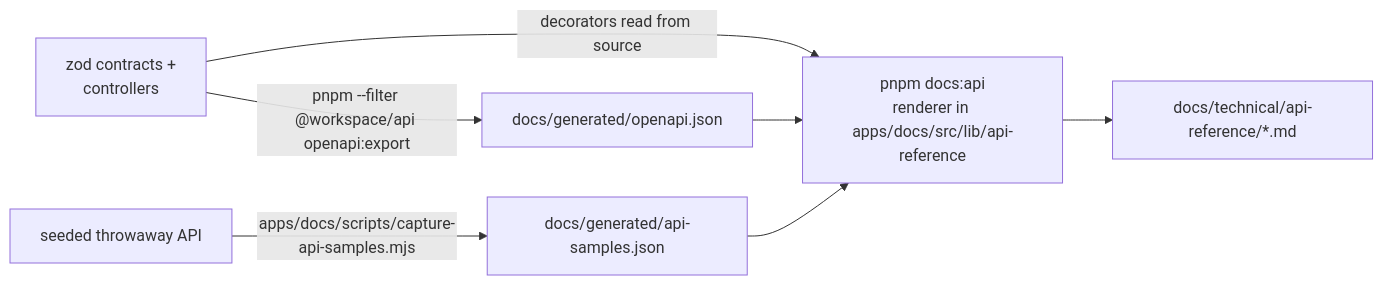
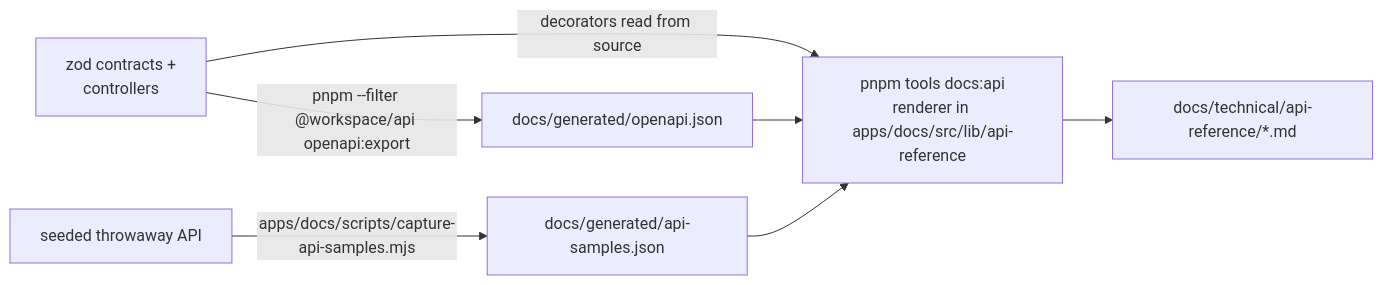
Before and after one commit to patelzz007/nestjs-nextjs-turborepo-starter-kit: the diagram in docs/technical/api/README.md, drawn with Mermaid. The commit also changed other lines of this file and 685 other files, not shown here.

````diff
--- a/docs/technical/api/README.md
+++ b/docs/technical/api/README.md
@@ -84,9 +84,9 @@
 ```mermaid
 flowchart LR
     Z[zod contracts +<br/>controllers] -->|pnpm --filter @workspace/api openapi:export| O[docs/generated/openapi.json]
     Z -->|decorators read from source| R
     S[seeded throwaway API] -->|apps/docs/scripts/capture-api-samples.mjs| J[docs/generated/api-samples.json]
-    O --> R[pnpm docs:api<br/>renderer in apps/docs/src/lib/api-reference]
+    O --> R[pnpm tools docs:api<br/>renderer in apps/docs/src/lib/api-reference]
     J --> R
     R --> M[docs/technical/api-reference/*.md]
 ```
````
